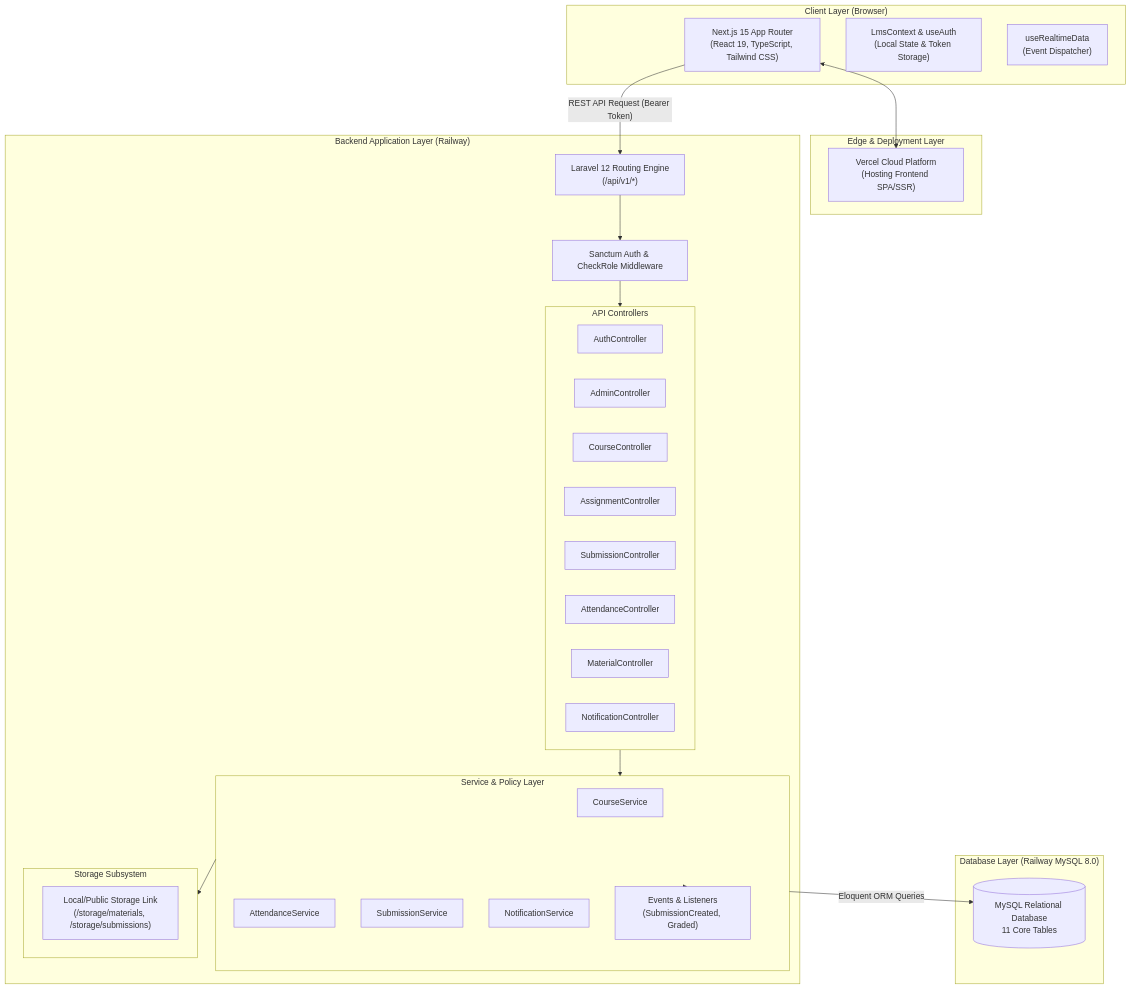
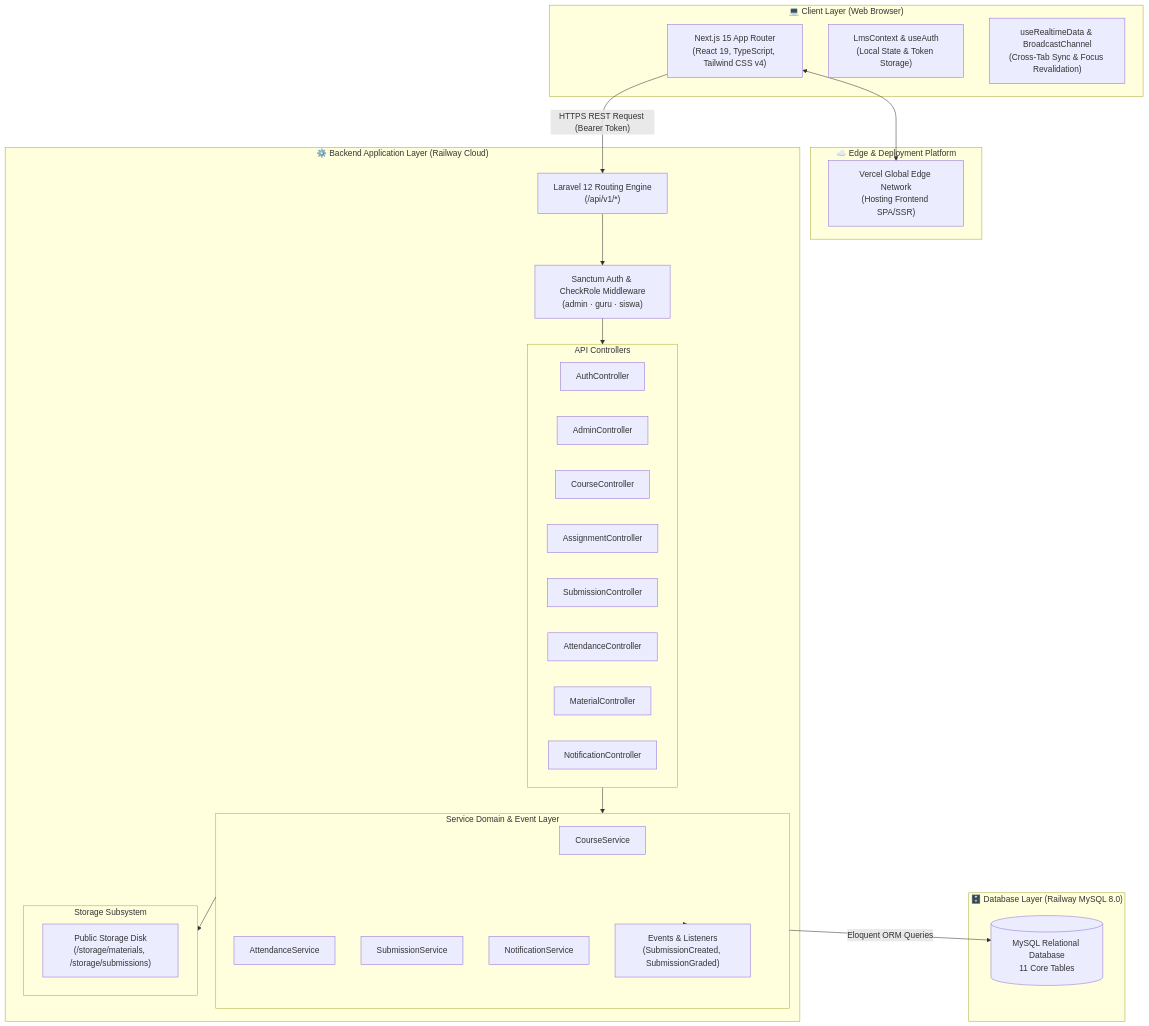
The first of 7 diagrams in DIAGRAMS_DOKUMENTASI.md (ferydwi-stack/Deploy_LMS), drawn with Mermaid before and after one commit. The commit also changed other lines of this file and 19 other files, not shown here.

Commit message:
docs: consolidate unified Use Case, unified ERD, and unified Flowchart into single master diagrams and regenerate SVG images

````diff
--- a/DIAGRAMS_DOKUMENTASI.md
+++ b/DIAGRAMS_DOKUMENTASI.md
@@ -26,53 +24,53 @@
 ```mermaid
 flowchart TB
-    subgraph ClientLayer [" Client Layer (Browser) "]
-        UI["Next.js 15 App Router<br/>(React 19, TypeScript, Tailwind CSS)"]
+    subgraph ClientLayer [" 💻 Client Layer (Web Browser) "]
+        UI["Next.js 15 App Router<br/>(React 19, TypeScript, Tailwind CSS v4)"]
         StateCtx["LmsContext & useAuth<br/>(Local State & Token Storage)"]
-        RealtimeHook["useRealtimeData<br/>(Event Dispatcher)"]
+        RealtimeHook["useRealtimeData & BroadcastChannel<br/>(Cross-Tab Sync & Focus Revalidation)"]
     end
 
-    subgraph CDNLayer [" Edge & Deployment Layer "]
-        VercelCDN["Vercel Cloud Platform<br/>(Hosting Frontend SPA/SSR)"]
+    subgraph CDNLayer [" ☁️ Edge & Deployment Platform "]
+        VercelCDN["Vercel Global Edge Network<br/>(Hosting Frontend SPA/SSR)"]
     end
 
-    subgraph BackendLayer [" Backend Application Layer (Railway) "]
+    subgraph BackendLayer [" ⚙️ Backend Application Layer (Railway Cloud) "]
         Router["Laravel 12 Routing Engine<br/>(/api/v1/*)"]
-        MiddlewareAuth["Sanctum Auth & CheckRole Middleware"]
+        MiddlewareAuth["Sanctum Auth & CheckRole Middleware<br/>(admin · guru · siswa)"]
         
         subgraph Controllers [" API Controllers "]
             C_Auth["AuthController"]
             C_Admin["AdminController"]
             C_Course["CourseController"]
             C_Assign["AssignmentController"]
             C_Sub["SubmissionController"]
             C_Att["AttendanceController"]
             C_Mat["MaterialController"]
             C_Notif["NotificationController"]
         end
 
-        subgraph ServiceDomain [" Service & Policy Layer "]
+        subgraph ServiceDomain [" Service Domain & Event Layer "]
             S_Course["CourseService"]
             S_Att["AttendanceService"]
             S_Sub["SubmissionService"]
             S_Notif["NotificationService"]
-            Events["Events & Listeners<br/>(SubmissionCreated, Graded)"]
+            Events["Events & Listeners<br/>(SubmissionCreated, SubmissionGraded)"]
         end
 
         subgraph StorageSystem [" Storage Subsystem "]
-            LocalStorage["Local/Public Storage Link<br/>(/storage/materials, /storage/submissions)"]
+            LocalStorage["Public Storage Disk<br/>(/storage/materials, /storage/submissions)"]
         end
     end
 
-    subgraph DataLayer [" Database Layer (Railway MySQL 8.0) "]
+    subgraph DataLayer [" 🗄️ Database Layer (Railway MySQL 8.0) "]
         MySQL[(MySQL Relational Database<br/>11 Core Tables)]
     end
 
     UI <--> VercelCDN
-    UI -- "REST API Request (Bearer Token)" --> Router
+    UI -- "HTTPS REST Request (Bearer Token)" --> Router
     Router --> MiddlewareAuth
     MiddlewareAuth --> Controllers
     Controllers --> ServiceDomain
     ServiceDomain --> Events
     ServiceDomain --> StorageSystem
     ServiceDomain -- "Eloquent ORM Queries" --> MySQL
 ```
````
